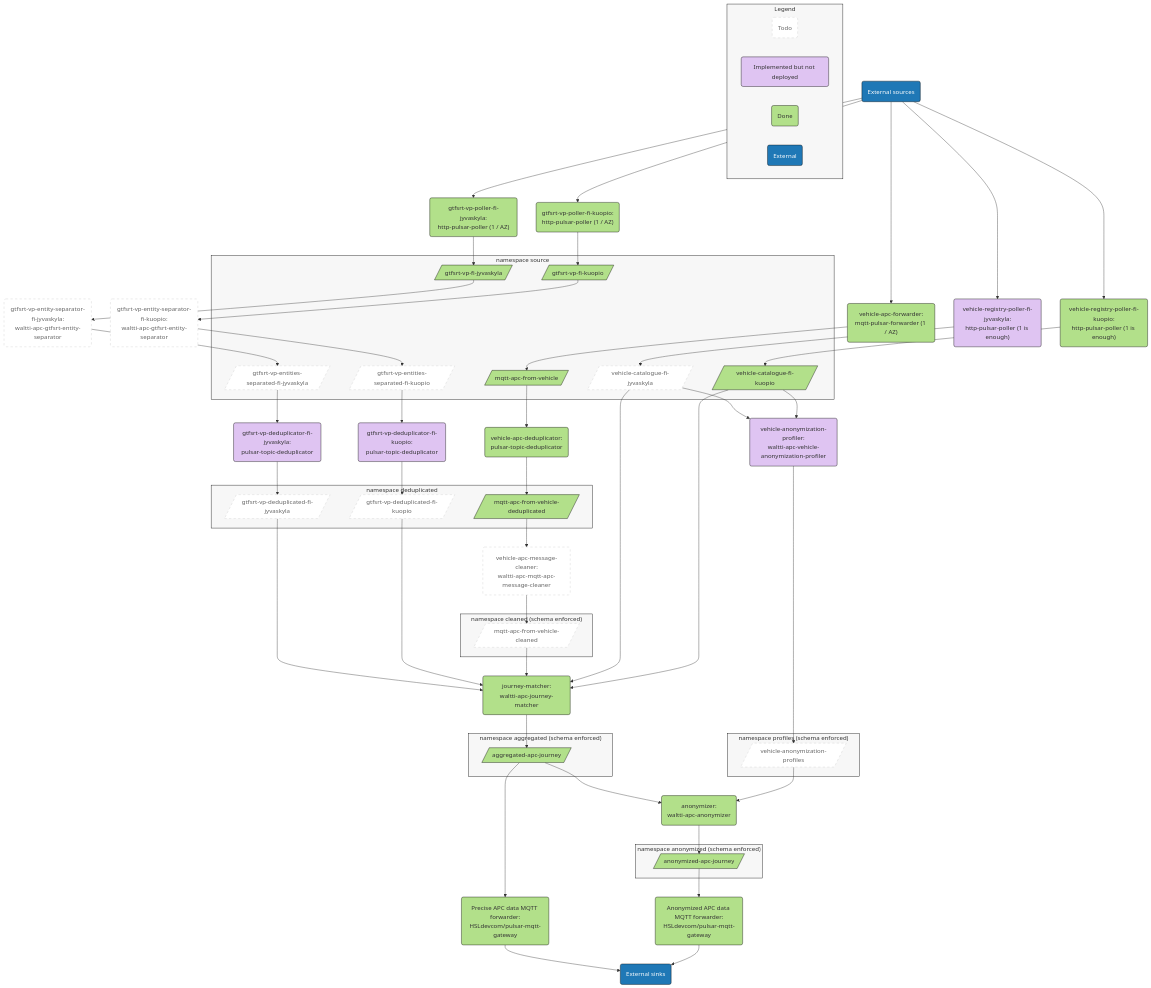
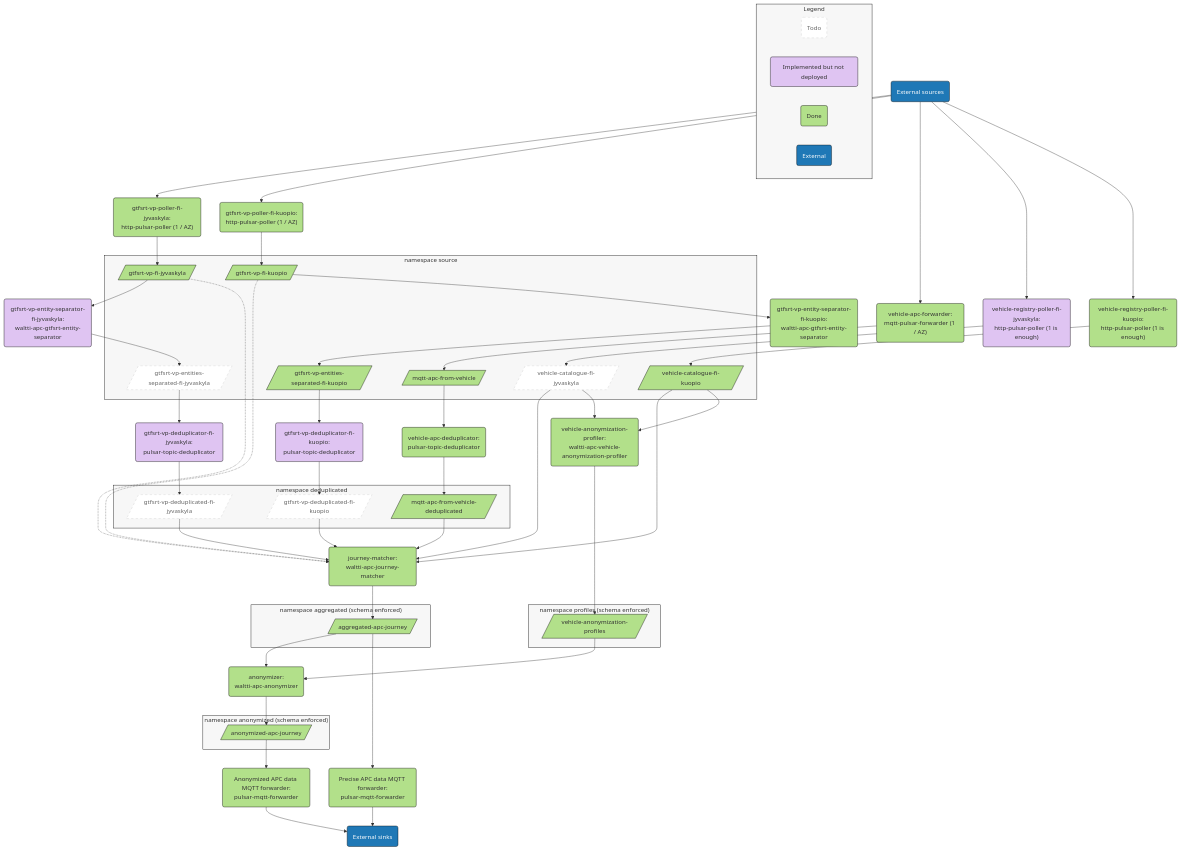
Before and after one commit to tvv-lippu-ja-maksujarjestelma-oy/waltti-apc: the second of 2 diagrams in README.md, drawn with Mermaid. The commit also changed other lines of this file, not shown here.

Commit message:
docs: Update architecture diagrams

```diff
--- a/README.md
+++ b/README.md
@@ -119,11 +119,10 @@
   gtfsrtpollerfijyvaskyla("gtfsrt-vp-poller-fi-jyvaskyla:<br/>http-pulsar-poller (1 / AZ)")
   httppulsarpollerfikuopio("gtfsrt-vp-poller-fi-kuopio:<br/>http-pulsar-poller (1 / AZ)")
   matcher("journey-matcher:<br/>waltti-apc-journey-matcher")
-  mqttapcmessagecleaner("vehicle-apc-message-cleaner:<br/>waltti-apc-mqtt-apc-message-cleaner")
   mqttdeduplicator("vehicle-apc-deduplicator:<br/>pulsar-topic-deduplicator")
   mqttpulsarforwarder("vehicle-apc-forwarder:<br/>mqtt-pulsar-forwarder (1 / AZ)")
-  pulsarmqttforwardertopowerbi("Precise APC data MQTT forwarder:<br/>HSLdevcom/pulsar-mqtt-gateway")
-  pulsarmqttforwardertortpioutput("Anonymized APC data MQTT forwarder:<br/>HSLdevcom/pulsar-mqtt-gateway")
+  pulsarmqttforwardertopowerbi("Precise APC data MQTT forwarder:<br/>pulsar-mqtt-forwarder")
+  pulsarmqttforwardertortpioutput("Anonymized APC data MQTT forwarder:<br/>pulsar-mqtt-forwarder")
   vehicleanonymizationprofiler("vehicle-anonymization-profiler:<br/>waltti-apc-vehicle-anonymization-profiler")
   vehicleregistrypollerfijyvaskyla("vehicle-registry-poller-fi-jyvaskyla:<br/>http-pulsar-poller (1 is enough)")
   vehicleregistrypollerfikuopio("vehicle-registry-poller-fi-kuopio:<br/>http-pulsar-poller (1 is enough)")
@@ -132,9 +131,6 @@
   end
   subgraph nsanonymized["namespace anonymized (schema enforced)"]
     anonymized[/"anonymized-apc-journey"/]
-  end
-  subgraph nscleaned["namespace cleaned (schema enforced)"]
-    mqttcleaned[/"mqtt-apc-from-vehicle-cleaned"/]
   end
   subgraph nsdeduplicated["namespace deduplicated"]
     gtfsrtdeduplicatedfijyvaskyla[/"gtfsrt-vp-deduplicated-fi-jyvaskyla"/]
@@ -172,15 +168,15 @@
   gtfsrtentityseparatorfijyvaskyla --> gtfsrtseparatedfijyvaskyla
   gtfsrtentityseparatorfikuopio --> gtfsrtseparatedfikuopio
   gtfsrtrawfijyvaskyla --> gtfsrtentityseparatorfijyvaskyla
+  gtfsrtrawfikuopio -.-> matcher
+  gtfsrtrawfijyvaskyla -.-> matcher
   gtfsrtrawfikuopio --> gtfsrtentityseparatorfikuopio
   gtfsrtseparatedfijyvaskyla --> gtfsrtentitydeduplicatorfijyvaskyla
   gtfsrtseparatedfikuopio --> gtfsrtentitydeduplicatorfikuopio
   gtfsrtpollerfijyvaskyla --> gtfsrtrawfijyvaskyla
   httppulsarpollerfikuopio --> gtfsrtrawfikuopio
   matcher --> aggregated
-  mqttapcmessagecleaner --> mqttcleaned
-  mqttcleaned --> matcher
-  mqttdeduplicated --> mqttapcmessagecleaner
+  mqttdeduplicated --> matcher
   mqttdeduplicator --> mqttdeduplicated
   mqttpulsarforwarder --> mqttraw
   mqttraw --> mqttdeduplicator
@@ -203,7 +199,9 @@
   class anonymizer done
   class gtfsrtrawfijyvaskyla done
   class gtfsrtrawfikuopio done
+  class gtfsrtentityseparatorfikuopio done
   class gtfsrtpollerfijyvaskyla done
+  class gtfsrtseparatedfikuopio done
   class httppulsarpollerfikuopio done
   class matcher done
   class mqttdeduplicated done
@@ -212,12 +210,13 @@
   class mqttraw done
   class pulsarmqttforwardertopowerbi done
   class pulsarmqttforwardertortpioutput done
+  class vehicleanonymizationprofile done
+  class vehicleanonymizationprofiler done
   class vehicledetailsfikuopio done
   class vehicleregistrypollerfikuopio done
 
   classDef env fill:#f7f7f7,stroke:#000
   class nsaggregated env
-  class nscleaned env
   class nsdeduplicated env
   class nsanonymized env
   class nsprofiles env
@@ -230,19 +229,13 @@
   classDef implemented fill:#dfc4f2,stroke:#000
   class gtfsrtentitydeduplicatorfijyvaskyla implemented
   class gtfsrtentitydeduplicatorfikuopio implemented
-  class vehicleanonymizationprofiler implemented
+  class gtfsrtentityseparatorfijyvaskyla implemented
   class vehicleregistrypollerfijyvaskyla implemented
 
   classDef todo fill:#fff,stroke:#ccc,stroke-width:1px,color:#666,stroke-dasharray: 6 6
   class gtfsrtdeduplicatedfijyvaskyla todo
   class gtfsrtdeduplicatedfikuopio todo
-  class gtfsrtentityseparatorfijyvaskyla todo
-  class gtfsrtentityseparatorfikuopio todo
   class gtfsrtseparatedfijyvaskyla todo
-  class gtfsrtseparatedfikuopio todo
-  class mqttapcmessagecleaner todo
-  class mqttcleaned todo
-  class vehicleanonymizationprofile todo
   class vehicledetailsfijyvaskyla todo
 
   %% Legend
```
